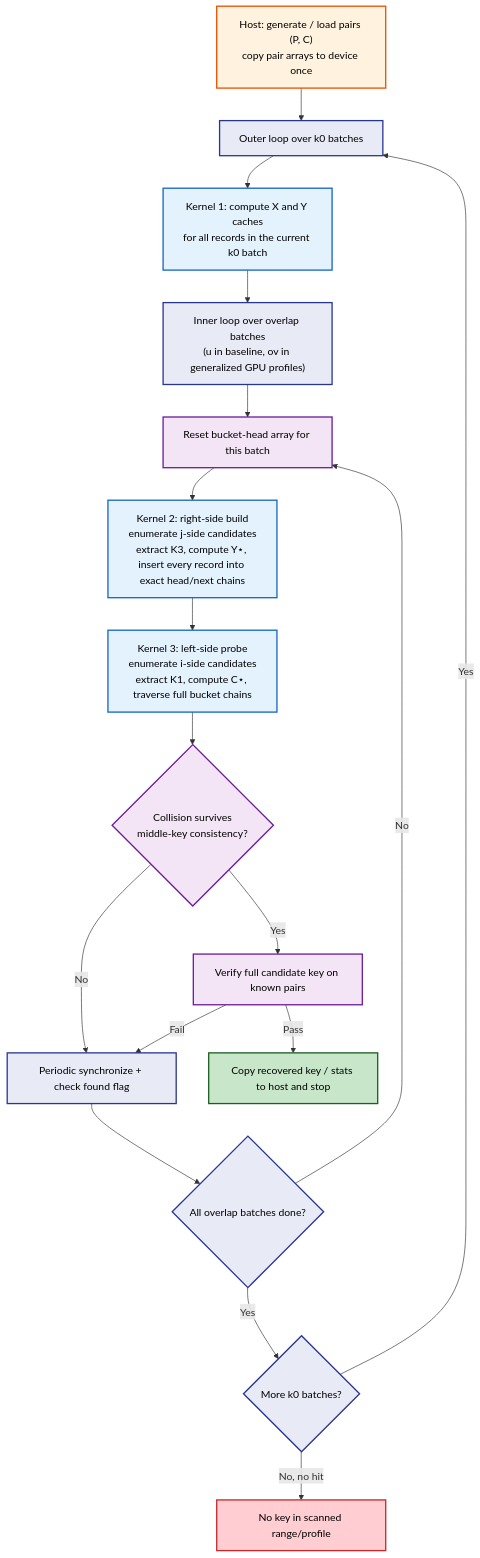
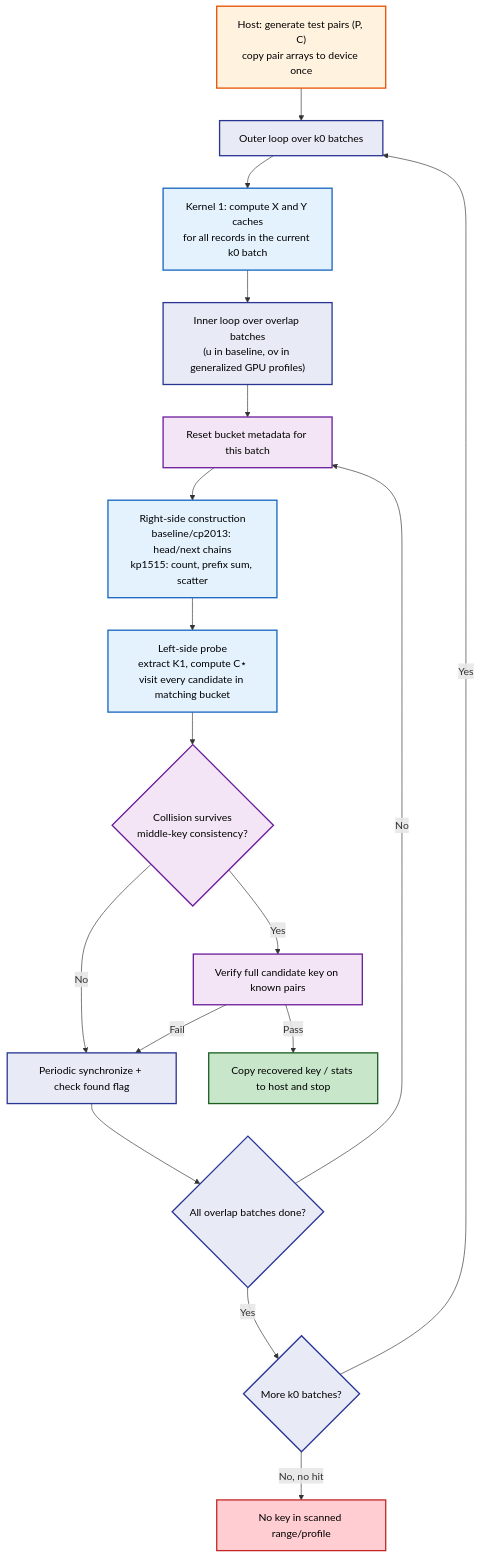
One commit to hadipourh/KeeLoq changed the fourth of 4 diagrams in attacks/mitm/README.md. Above: the diagram before and after it, drawn with Mermaid. The commit also changed other lines of this file and 6 other files, not shown here.

````diff
--- a/attacks/mitm/README.md
+++ b/attacks/mitm/README.md
@@ -828,34 +824,34 @@
 ```mermaid
 flowchart TB
     classDef host fill:#FFF3E0,stroke:#E65100,stroke-width:2px,color:#000
     classDef batch fill:#E8EAF6,stroke:#283593,stroke-width:2px,color:#000
     classDef kern fill:#E3F2FD,stroke:#1565C0,stroke-width:2px,color:#000
     classDef table fill:#F3E5F5,stroke:#6A1B9A,stroke-width:2px,color:#000
     classDef chk fill:#FFF9C4,stroke:#F57F17,stroke-width:2px,color:#000
     classDef ok fill:#C8E6C9,stroke:#1B5E20,stroke-width:2px,color:#000
     classDef bad fill:#FFCDD2,stroke:#C62828,stroke-width:2px,color:#000
 
-    H0["Host: generate / load pairs (P, C)<br/>copy pair arrays to device once"] --> K0["Outer loop over k0 batches"]
+    H0["Host: generate test pairs (P, C)<br/>copy pair arrays to device once"] --> K0["Outer loop over k0 batches"]
     K0 --> XY["Kernel 1: compute X and Y caches<br/>for all records in the current k0 batch"]
     XY --> OV["Inner loop over overlap batches<br/>(u in baseline, ov in generalized GPU profiles)"]
-    OV --> CLR["Reset bucket-head array for this batch"]
-    CLR --> RH["Kernel 2: right-side build<br/>enumerate j-side candidates<br/>extract K3, compute Y⋆, insert every record into exact head/next chains"]
-    RH --> LH["Kernel 3: left-side probe<br/>enumerate i-side candidates<br/>extract K1, compute C⋆, traverse full bucket chains"]
+    OV --> CLR["Reset bucket metadata for this batch"]
+    CLR --> RH["Right-side construction<br/>baseline/cp2013: head/next chains<br/>kp1515: count, prefix sum, scatter"]
+    RH --> LH["Left-side probe<br/>extract K1, compute C⋆<br/>visit every candidate in matching bucket"]
     LH --> CC{"Collision survives<br/>middle-key consistency?"}
     CC -->|No| SYNC["Periodic synchronize + check found flag"]
     CC -->|Yes| VF["Verify full candidate key on known pairs"]
     VF -->|Pass| OUT["Copy recovered key / stats to host and stop"]
     VF -->|Fail| SYNC
     SYNC --> DONE{"All overlap batches done?"}
     DONE -->|No| CLR
     DONE -->|Yes| MORE{"More k0 batches?"}
     MORE -->|Yes| K0
     MORE -->|No, no hit| MISS["No key in scanned range/profile"]
 
     class H0 host
     class K0,OV,SYNC,DONE,MORE batch
     class XY,RH,LH kern
     class CLR,CC,VF table
     class OUT ok
     class MISS bad
 ```
````
